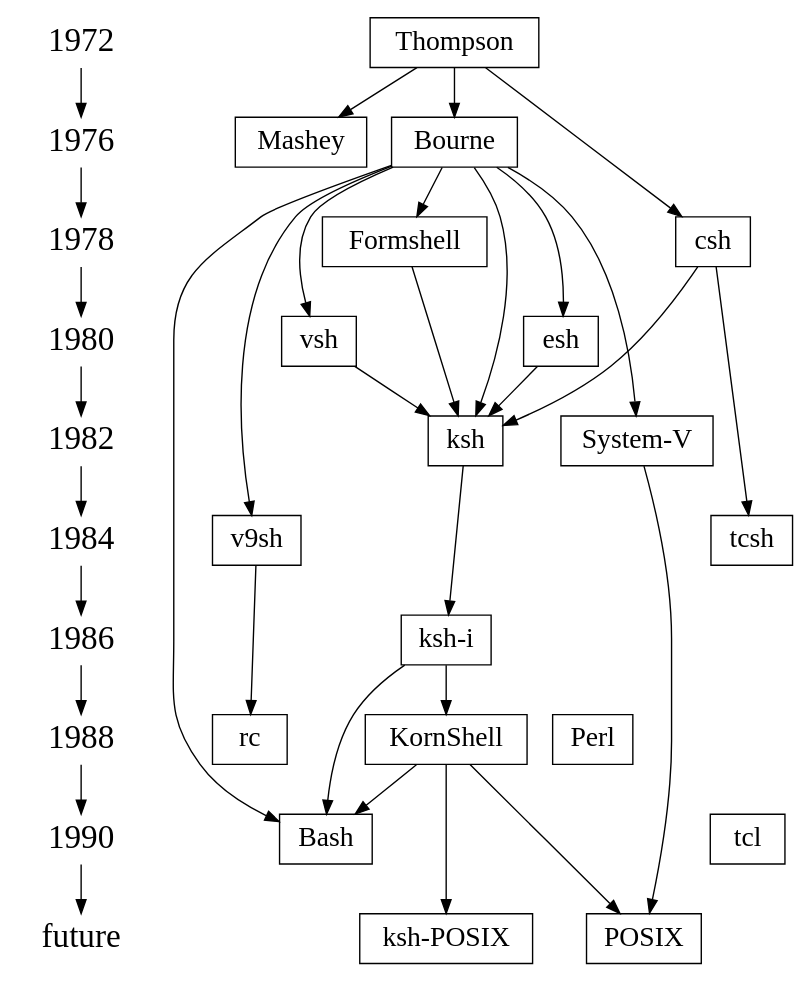
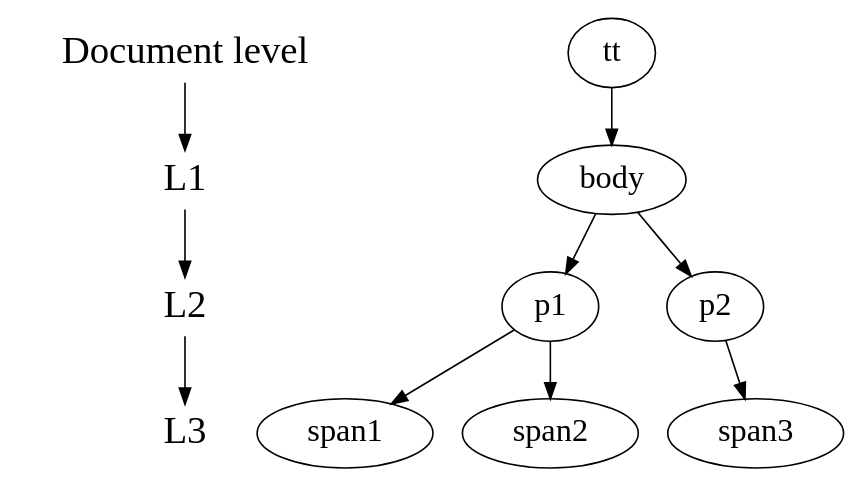
One commit to ebu/ebu-tt-live-toolkit changed the diagram in docs/source/dfs.dot. Above: the diagram before and after it, drawn with Graphviz. The commit also changed 2 other files, not shown here.

```diff
--- a/docs/source/dfs.dot
+++ b/docs/source/dfs.dot
@@ -1,31 +1,21 @@
 digraph shells {
     size="7,8";
     node [fontsize=24, shape = plaintext];
-    1972 -> 1976 -> 1978 -> 1980 -> 1982 -> 1984 -> 1986 -> 1988
-        -> 1990 -> future;
+    "Document level" -> L1 -> L2 -> L3;
 
-    node [fontsize=20, shape = box];
-    { rank = same; 1976 Mashey Bourne; }
-    { rank = same; 1978 Formshell csh; }
-    { rank = same; 1980 esh vsh; }
-    { rank = same; 1982 ksh "System-V"; }
-    { rank = same; 1984 v9sh tcsh; }
-    { rank = same; 1986 "ksh-i"; }
-    { rank = same; 1988 KornShell Perl rc; }
-    { rank = same; 1990 tcl Bash; }
-    { rank = same; "future" POSIX "ksh-POSIX"; }
+    node [fontsize=20, shape = ellipse];
+    { rank = same; "Document level" tt; }
+    { rank = same; L1 body; }
+    { rank = same; L2 p1 p2; }
+    { rank = same; L3 span1 span2 span3; }
 
     /* 'visible' edges */
-    Thompson -> {Mashey Bourne csh}; csh -> tcsh;
-    Bourne -> {ksh esh vsh "System-V" v9sh}; v9sh -> rc;
-    {Bourne "ksh-i" KornShell} -> Bash;
-    {esh vsh Formshell csh} -> ksh;
-    {KornShell "System-V"} -> POSIX;
-    ksh -> "ksh-i" -> KornShell -> "ksh-POSIX";
-    Bourne -> Formshell;
+    tt -> body;
+    body -> {p1 p2};
+    p1 -> {span1 span2};
+    p2 -> span3;
 
     /* ’invisible’ edges to adjust node placement */
     edge [style=invis];
-    1984 -> v9sh -> tcsh ; 1988 -> rc -> KornShell;
-    Formshell -> csh; KornShell -> Perl;
+    L3 -> span1;
 }
```
